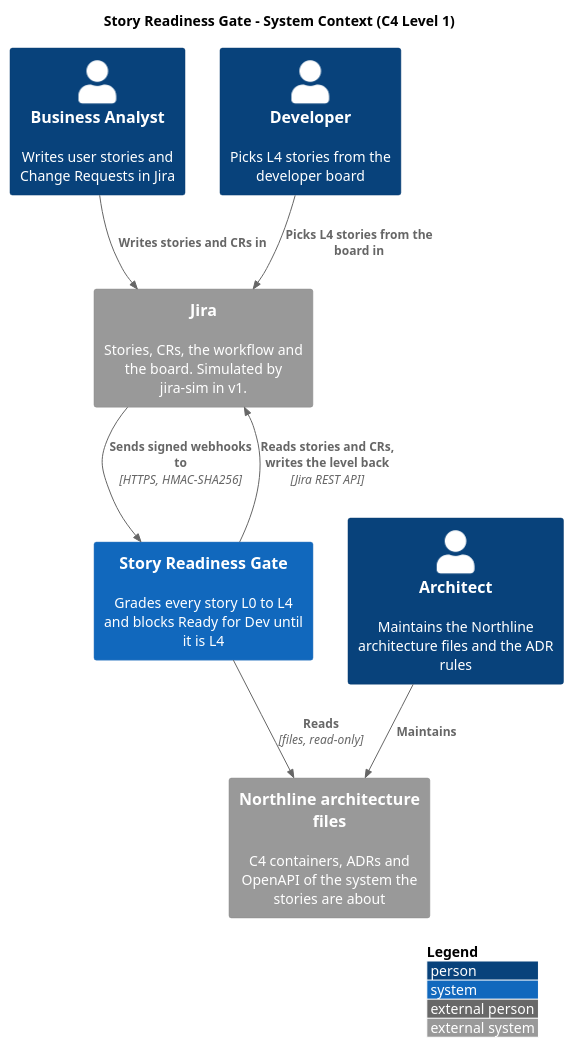
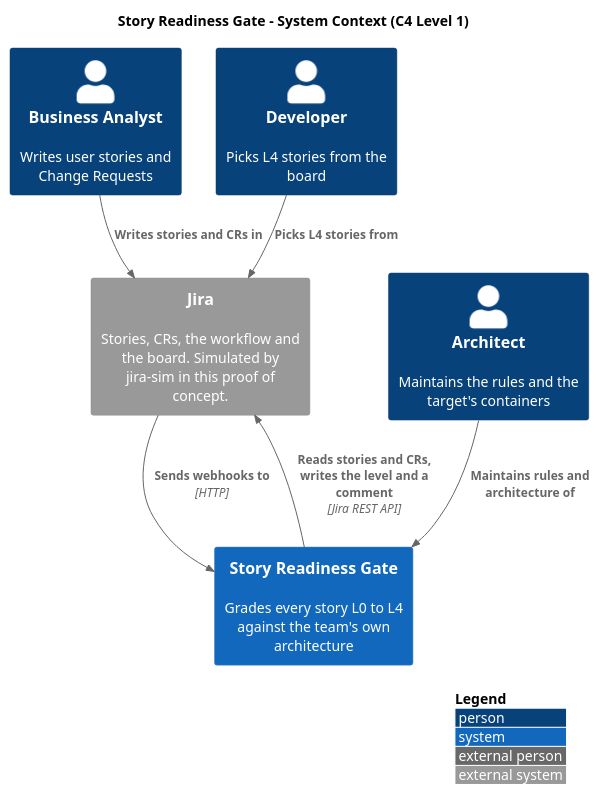
One commit to whereismyname7/us-enforcer changed the diagram in docs/context.puml. Above: the diagram before and after it, drawn with PlantUML. The commit also changed other lines of this file and 168 other files, not shown here.

First line of the commit message:
Reshape into a concise proof of concept, sized like Lab2

```diff
--- a/docs/context.puml
+++ b/docs/context.puml
@@ -3,37 +1,20 @@
 @startuml context
-
-' Load the C4 shapes for a Level 1 context diagram.
-' The angle brackets mean "take it from the library already inside PlantUML".
-' So this works with no internet connection.
 !include <C4/C4_Context>
 
-' Give the picture a title that a manager can read.
 title Story Readiness Gate - System Context (C4 Level 1)
-
-' Put a small legend at the bottom explaining the colours.
 LAYOUT_WITH_LEGEND()
 
-' A Person is a human being who uses the system.
-' The three parts are: short id, name on the box, description under the name.
-Person(ba, "Business Analyst", "Writes user stories and Change Requests in Jira")
-Person(developer, "Developer", "Picks L4 stories from the developer board")
-Person(architect, "Architect", "Maintains the Northline architecture files and the ADR rules")
+Person(ba, "Business Analyst", "Writes user stories and Change Requests")
+Person(developer, "Developer", "Picks L4 stories from the board")
+Person(architect, "Architect", "Maintains the rules and the target's containers")
 
-' A System is a thing we own and can change.
-System(gate, "Story Readiness Gate", "Grades every story L0 to L4 and blocks Ready for Dev until it is L4")
+System(gate, "Story Readiness Gate", "Grades every story L0 to L4 against the team's own architecture")
+System_Ext(jira, "Jira", "Stories, CRs, the workflow and the board. Simulated by jira-sim in this proof of concept.")
 
-' A System_Ext is a system somebody else owns. We cannot change it.
-System_Ext(jira, "Jira", "Stories, CRs, the workflow and the board. Simulated by jira-sim in v1.")
-System_Ext(arch_files, "Northline architecture files", "C4 containers, ADRs and OpenAPI of the system the stories are about")
+Rel(ba, jira, "Writes stories and CRs in")
+Rel(developer, jira, "Picks L4 stories from")
+Rel(architect, gate, "Maintains rules and architecture of")
+Rel(jira, gate, "Sends webhooks to", "HTTP")
+Rel(gate, jira, "Reads stories and CRs, writes the level and a comment", "Jira REST API")
 
-' Rel means relationship. It draws an arrow from the first id to the second id.
-' The text is what the arrow does, written from the caller's point of view.
-Rel(ba, jira, "Writes stories and CRs in")
-Rel(developer, jira, "Picks L4 stories from the board in")
-Rel(architect, arch_files, "Maintains")
-Rel(jira, gate, "Sends signed webhooks to", "HTTPS, HMAC-SHA256")
-Rel(gate, jira, "Reads stories and CRs, writes the level back", "Jira REST API")
-Rel(gate, arch_files, "Reads", "files, read-only")
-
-' Every diagram must be closed with @enduml.
 @enduml
```
